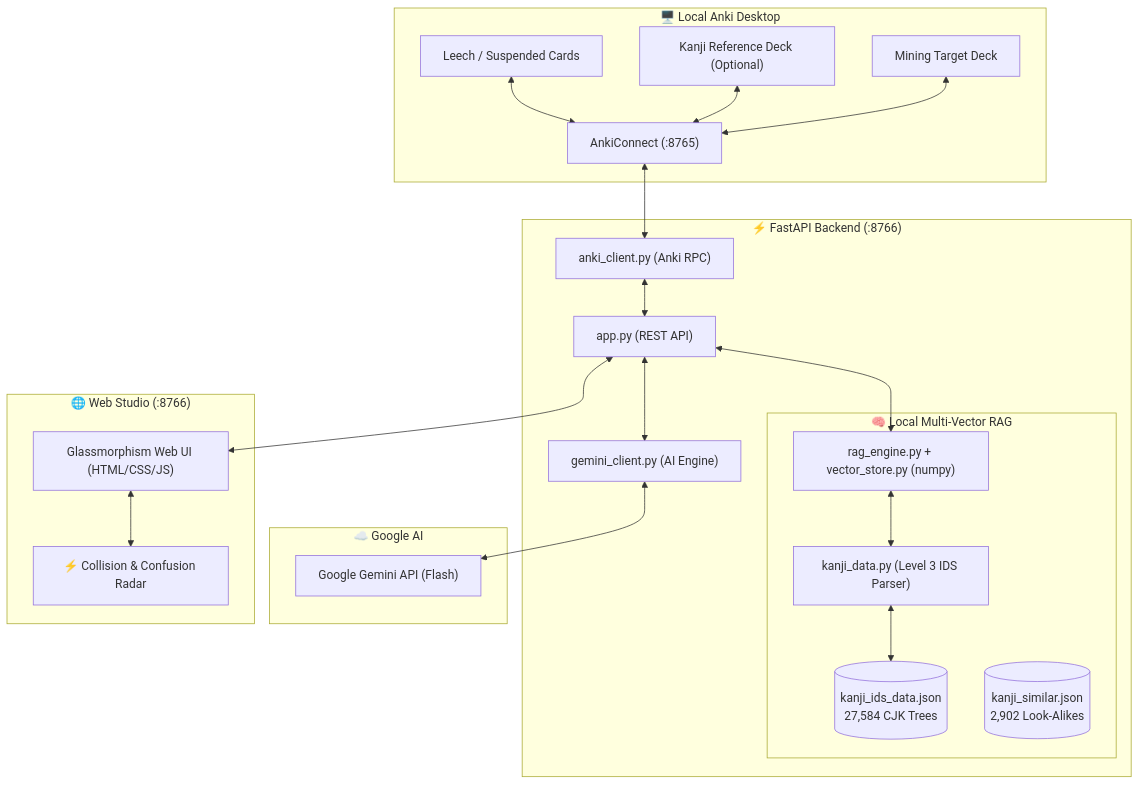
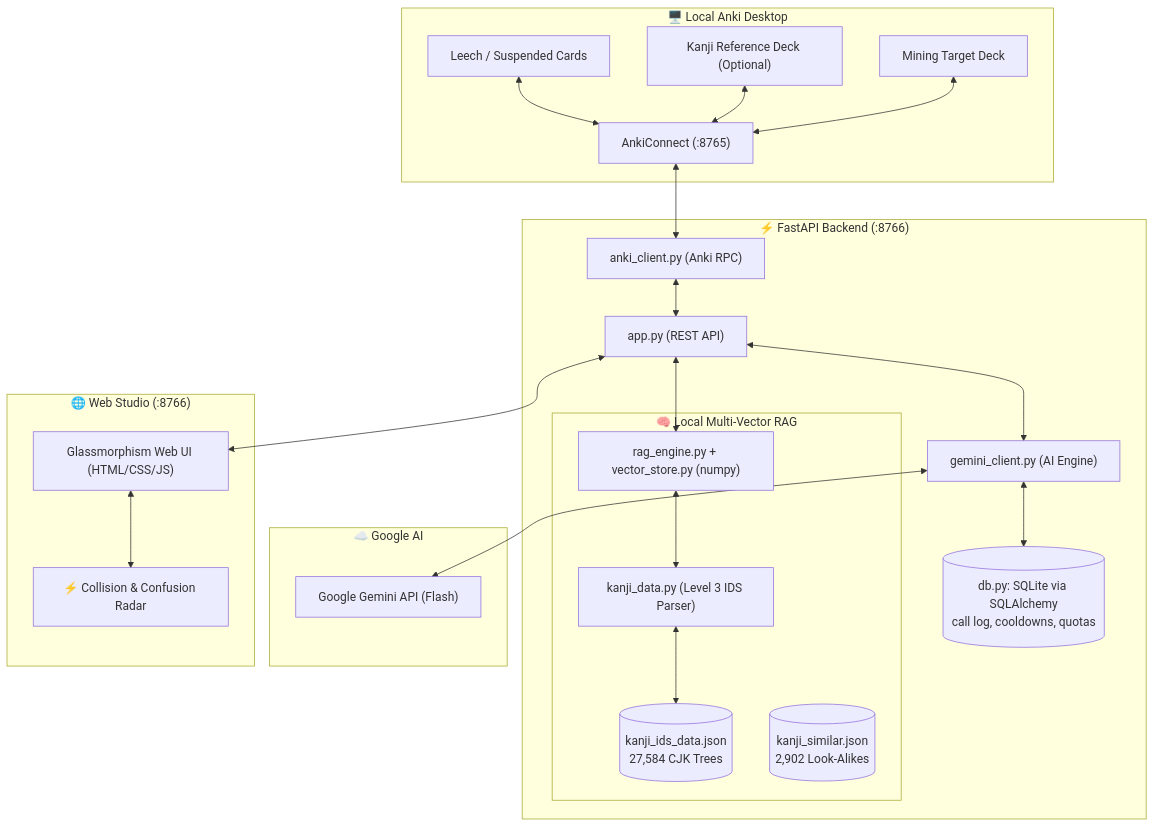
The diagram in README.md (tstinebaugh/anki-leech-doctor), drawn with Mermaid before and after one commit. The commit also changed other lines of this file and 18 other files, not shown here.

First line of the commit message:
feat: SQLite call log for Gemini, and retry busy calls with a spinner

````diff
--- a/README.md
+++ b/README.md
@@ -97,44 +97,46 @@
 ```mermaid
 flowchart TD
     subgraph AnkiDesktop["🖥️ Local Anki Desktop"]
         AnkiConnect["AnkiConnect (:8765)"]
         LeechCards["Leech / Suspended Cards"]
         KanjiDeck["Kanji Reference Deck (Optional)"]
         MiningDeck["Mining Target Deck"]
     end
 
     subgraph Backend["⚡ FastAPI Backend (:8766)"]
         App["app.py (REST API)"]
         AnkiClient["anki_client.py (Anki RPC)"]
         GeminiClient["gemini_client.py (AI Engine)"]
+        CallLog[("db.py: SQLite via SQLAlchemy<br/>call log, cooldowns, quotas")]
         
         subgraph RAGEngine["🧠 Local Multi-Vector RAG"]
             RAG["rag_engine.py + vector_store.py (numpy)"]
             IDSEngine["kanji_data.py (Level 3 IDS Parser)"]
             IDSDataset[("kanji_ids_data.json<br/>27,584 CJK Trees")]
             SimilarDataset[("kanji_similar.json<br/>2,902 Look-Alikes")]
         end
     end
 
     subgraph CloudAI["☁️ Google AI"]
         GeminiAPI["Google Gemini API (Flash)"]
     end
 
     subgraph Frontend["🌐 Web Studio (:8766)"]
         UI["Glassmorphism Web UI (HTML/CSS/JS)"]
         CollisionRadar["⚡ Collision & Confusion Radar"]
     end
 
     LeechCards <--> AnkiConnect
     KanjiDeck <--> AnkiConnect
     MiningDeck <--> AnkiConnect
     AnkiConnect <--> AnkiClient
     AnkiClient <--> App
     App <--> GeminiClient
     App <--> RAG
     RAG <--> IDSEngine
     IDSEngine <--> IDSDataset
     GeminiClient <--> GeminiAPI
+    GeminiClient <--> CallLog
     App <--> UI
     UI <--> CollisionRadar
 ```
````
